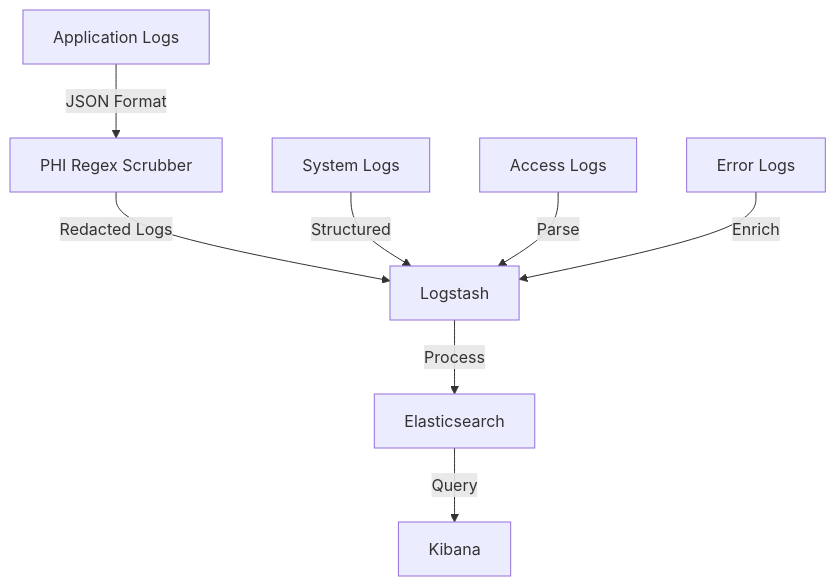
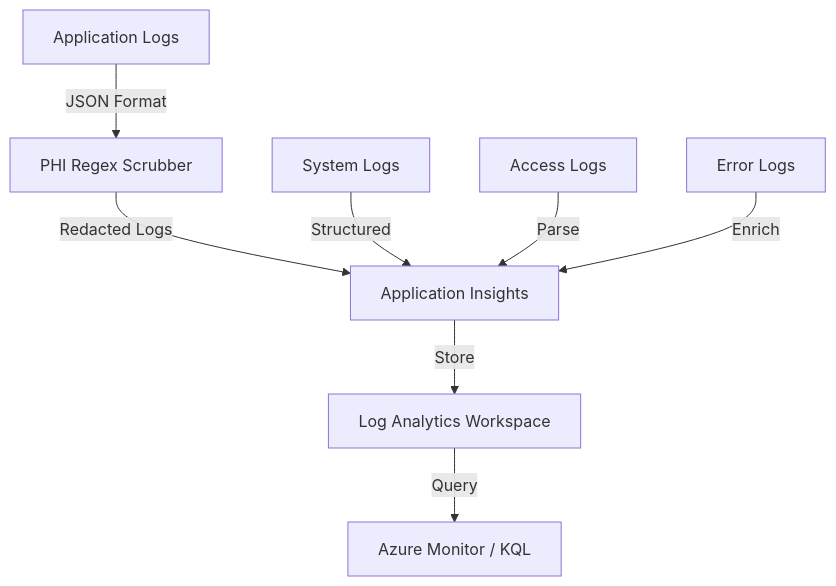
The fifth of 11 diagrams in docs/data_flow.md (UCLH-Digital-Innovation-Hub/Xhuma), drawn with Mermaid before and after one commit. The commit also changed other lines of this file and 8 other files, not shown here.

Commit message:
docs: reconcile deployment and assurance architecture

````diff
--- a/docs/data_flow.md
+++ b/docs/data_flow.md
@@ -47,11 +53,11 @@
 ```mermaid
 flowchart TD
     A[Application Logs] -->|JSON Format| B[PHI Regex Scrubber]
-    B -->|Redacted Logs| C[Logstash]
-    C -->|Process| D[Elasticsearch]
-    D -->|Query| E[Kibana]
+    B -->|Redacted Logs| C[Application Insights]
+    C -->|Store| D[Log Analytics Workspace]
+    D -->|Query| E[Azure Monitor / KQL]
 
     F[System Logs] -->|Structured| C
     G[Access Logs] -->|Parse| C
     H[Error Logs] -->|Enrich| C
 ```
````
